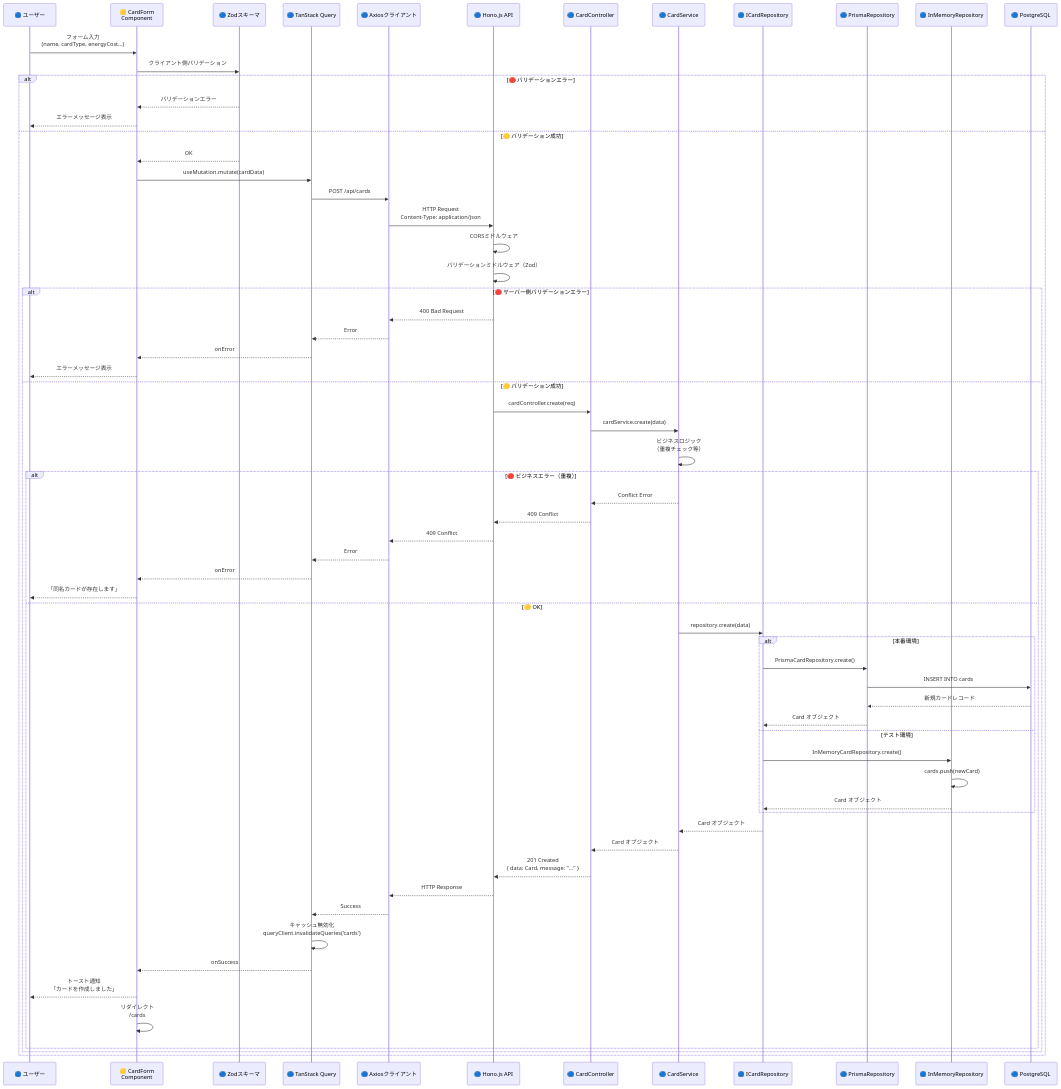
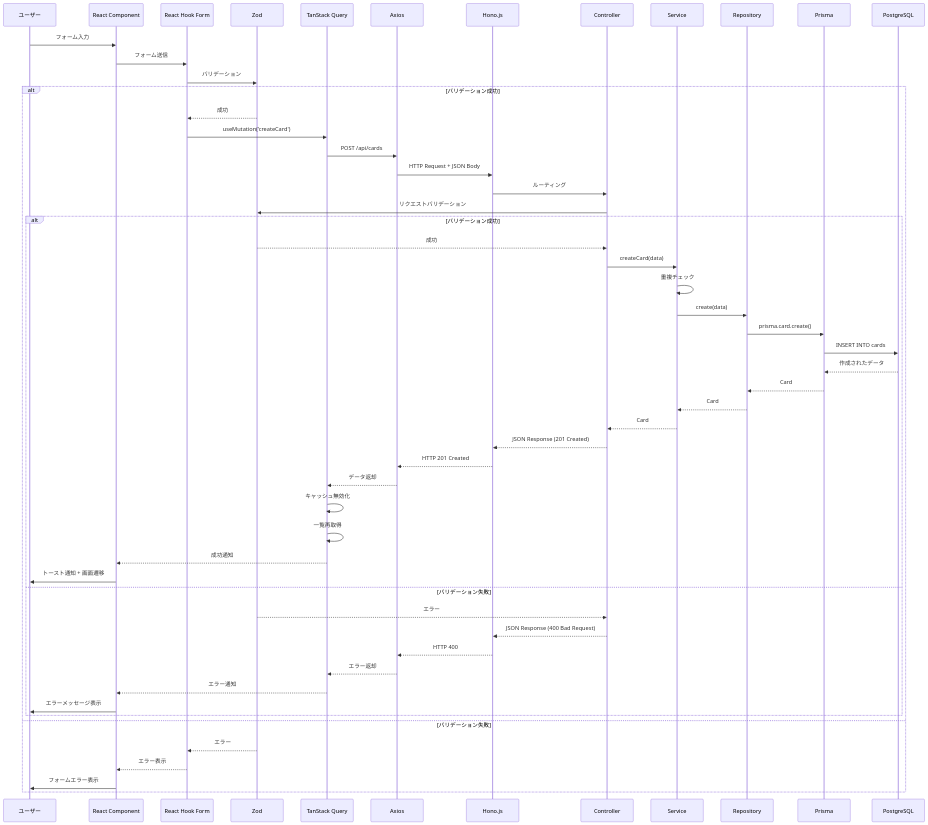
Before and after one commit to yaguma/atelier_resource_management: the third of 10 diagrams in docs/design/resource-management-webapp/dataflow.md, drawn with Mermaid. The commit also changed other lines of this file and 8 other files, not shown here.

````diff
--- a/docs/design/resource-management-webapp/dataflow.md
+++ b/docs/design/resource-management-webapp/dataflow.md
@@ -195,75 +79,57 @@
 ```mermaid
 sequenceDiagram
-    participant User as 🔵 ユーザー
-    participant Form as 🟡 CardForm<br/>Component
-    participant Zod as 🔵 Zodスキーマ
-    participant TQ as 🔵 TanStack Query
-    participant Axios as 🔵 Axiosクライアント
-    participant Hono as 🔵 Hono.js API
-    participant Controller as 🔵 CardController
-    participant Service as 🔵 CardService
-    participant Repo as 🔵 ICardRepository
-    participant PrismaRepo as 🔵 PrismaRepository
-    participant MemoryRepo as 🔵 InMemoryRepository
-    participant DB as 🔵 PostgreSQL
+    participant U as ユーザー
+    participant C as React Component
+    participant F as React Hook Form
+    participant Z as Zod
+    participant Q as TanStack Query
+    participant A as Axios
+    participant H as Hono.js
+    participant Ctrl as Controller
+    participant Svc as Service
+    participant Repo as Repository
+    participant P as Prisma
+    participant DB as PostgreSQL
 
-    User->>Form: フォーム入力<br/>(name, cardType, energyCost...)
-    Form->>Zod: クライアント側バリデーション
-
-    alt 🔴 バリデーションエラー
-        Zod-->>Form: バリデーションエラー
-        Form-->>User: エラーメッセージ表示
-    else 🟡 バリデーション成功
-        Zod-->>Form: OK
-        Form->>TQ: useMutation.mutate(cardData)
-        TQ->>Axios: POST /api/cards
-        Axios->>Hono: HTTP Request<br/>Content-Type: application/json
-
-        Hono->>Hono: CORSミドルウェア
-        Hono->>Hono: バリデーションミドルウェア（Zod）
-
-        alt 🔴 サーバー側バリデーションエラー
-            Hono-->>Axios: 400 Bad Request
-            Axios-->>TQ: Error
-            TQ-->>Form: onError
-            Form-->>User: エラーメッセージ表示
-        else 🟡 バリデーション成功
-            Hono->>Controller: cardController.create(req)
-            Controller->>Service: cardService.create(data)
-
-            Service->>Service: ビジネスロジック<br/>（重複チェック等）
-
-            alt 🔴 ビジネスエラー（重複）
-                Service-->>Controller: Conflict Error
-                Controller-->>Hono: 409 Conflict
-                Hono-->>Axios: 409 Conflict
-                Axios-->>TQ: Error
-                TQ-->>Form: onError
-                Form-->>User: 「同名カードが存在します」
-            else 🟡 OK
-                Service->>Repo: repository.create(data)
-
-                alt 本番環境
-                    Repo->>PrismaRepo: PrismaCardRepository.create()
-                    PrismaRepo->>DB: INSERT INTO cards
-                    DB-->>PrismaRepo: 新規カードレコード
-                    PrismaRepo-->>Repo: Card オブジェクト
-                else テスト環境
-                    Repo->>MemoryRepo: InMemoryCardRepository.create()
-                    MemoryRepo->>MemoryRepo: cards.push(newCard)
-                    MemoryRepo-->>Repo: Card オブジェクト
-                end
-
-                Repo-->>Service: Card オブジェクト
-                Service-->>Controller: Card オブジェクト
-                Controller-->>Hono: 201 Created<br/>{ data: Card, message: "..." }
-                Hono-->>Axios: HTTP Response
-                Axios-->>TQ: Success
-                TQ->>TQ: キャッシュ無効化<br/>queryClient.invalidateQueries('cards')
-                TQ-->>Form: onSuccess
-                Form-->>User: トースト通知<br/>「カードを作成しました」
-                Form->>Form: リダイレクト<br/>/cards
-            end
+    U->>C: フォーム入力
+    C->>F: フォーム送信
+    F->>Z: バリデーション
+    alt バリデーション成功
+        Z-->>F: 成功
+        F->>Q: useMutation('createCard')
+        Q->>A: POST /api/cards
+        A->>H: HTTP Request + JSON Body
+        H->>Ctrl: ルーティング
+        Ctrl->>Z: リクエストバリデーション
+        alt バリデーション成功
+            Z-->>Ctrl: 成功
+            Ctrl->>Svc: createCard(data)
+            Svc->>Svc: 重複チェック
+            Svc->>Repo: create(data)
+            Repo->>P: prisma.card.create()
+            P->>DB: INSERT INTO cards
+            DB-->>P: 作成されたデータ
+            P-->>Repo: Card
+            Repo-->>Svc: Card
+            Svc-->>Ctrl: Card
+            Ctrl-->>H: JSON Response (201 Created)
+            H-->>A: HTTP 201 Created
+            A-->>Q: データ返却
+            Q->>Q: キャッシュ無効化
+            Q->>Q: 一覧再取得
+            Q-->>C: 成功通知
+            C->>U: トースト通知 + 画面遷移
+        else バリデーション失敗
+            Z-->>Ctrl: エラー
+            Ctrl-->>H: JSON Response (400 Bad Request)
+            H-->>A: HTTP 400
+            A-->>Q: エラー返却
+            Q-->>C: エラー通知
+            C->>U: エラーメッセージ表示
         end
+    else バリデーション失敗
+        Z-->>F: エラー
+        F-->>C: エラー表示
+        C->>U: フォームエラー表示
     end
 ```
````
